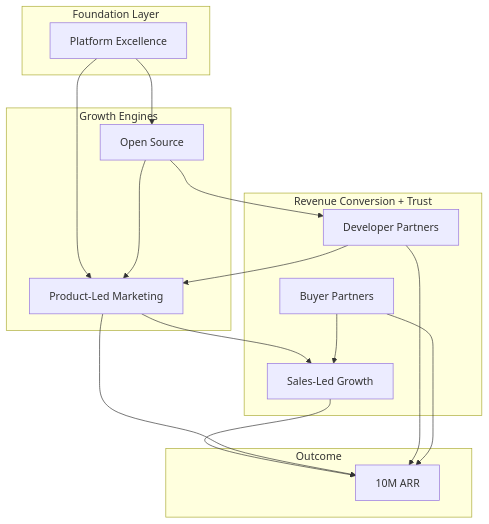
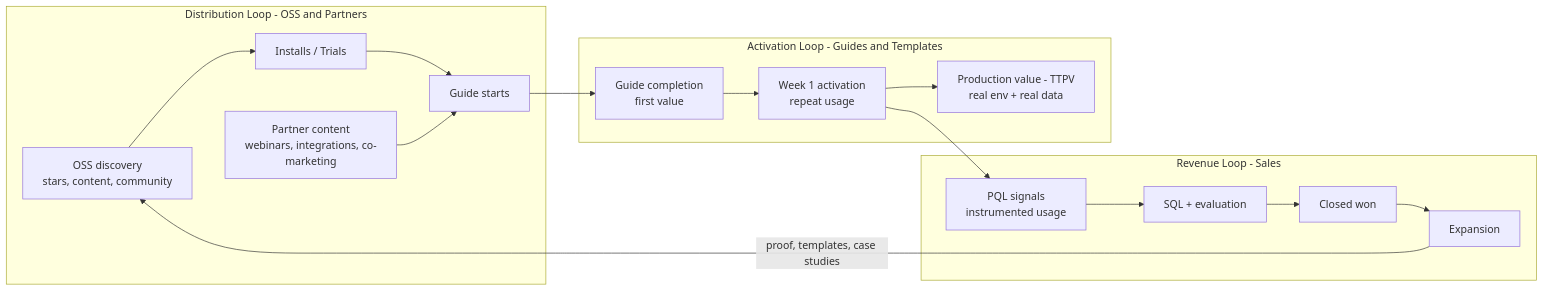
Before and after one commit to 514-labs/internal: the first of 2 diagrams in content/strategy/company/fy26-roadmap.mdx, drawn with Mermaid. The commit also changed other lines of this file, not shown here.

Commit message:
updated roadmap

````diff
--- a/content/strategy/company/fy26-roadmap.mdx
+++ b/content/strategy/company/fy26-roadmap.mdx
@@ -125,33 +46,26 @@
 ```mermaid
-flowchart TB
-    subgraph foundation [Foundation Layer]
-        PLATFORM[Platform Excellence]
-    end
-    
-    subgraph growth [Growth Engines]
-        OSS[Open Source]
-        PLM[Product-Led Marketing]
-    end
-    
-    subgraph revenue [Revenue Conversion + Trust]
-        SLG[Sales-Led Growth]
-        P_DEV[Developer Partners]
-        P_BUY[Buyer Partners]
-    end
-    
-    subgraph outcome [Outcome]
-        ARR[10M ARR]
-    end
-    
-    PLATFORM --> OSS
-    PLATFORM --> PLM
-    OSS --> PLM
-    PLM --> SLG
-    OSS --> P_DEV
-    P_DEV --> PLM
-    P_BUY --> SLG
-    SLG --> ARR
-    PLM --> ARR
-    P_DEV --> ARR
-    P_BUY --> ARR
+flowchart LR
+  %% Distribution
+  subgraph D[Distribution Loop - OSS and Partners]
+    A[OSS discovery<br/>stars, content, community] --> B[Installs / Trials]
+    P[Partner content<br/>webinars, integrations, co-marketing] --> C[Guide starts]
+    B --> C
+  end
+
+  %% Activation
+  subgraph V[Activation Loop - Guides and Templates]
+    C --> E[Guide completion<br/>first value]
+    E --> F[Week 1 activation<br/>repeat usage]
+    F --> G[Production value - TTPV<br/>real env + real data]
+  end
+
+  %% Revenue
+  subgraph R[Revenue Loop - Sales]
+    F --> H[PQL signals<br/>instrumented usage]
+    H --> I[SQL + evaluation]
+    I --> J[Closed won]
+    J --> K[Expansion]
+  end
+
+  K -->|proof, templates, case studies| A
 ```
````
